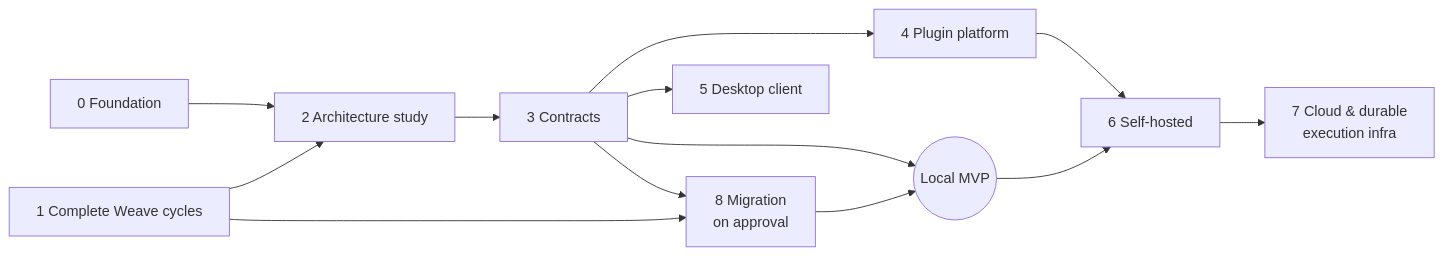
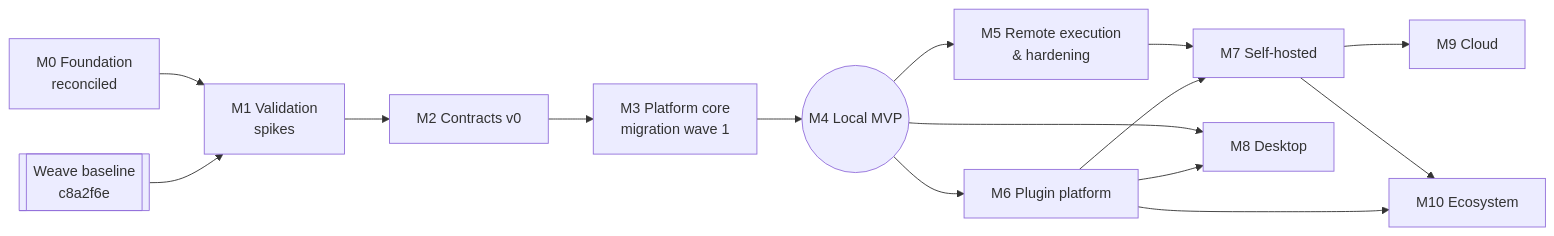
One commit to rluders/amaru changed the diagram in docs/architecture/ROADMAP.md. Above: the diagram before and after it, drawn with Mermaid. The commit also changed other lines of this file and 68 other files, not shown here.

````diff
--- a/docs/architecture/ROADMAP.md
+++ b/docs/architecture/ROADMAP.md
@@ -7,15 +15,17 @@
 ```mermaid
 flowchart LR
-    s0[0 Foundation] --> s2[2 Architecture study]
-    s1[1 Complete Weave cycles] --> s2
-    s2 --> s3[3 Contracts]
-    s3 --> s4[4 Plugin platform]
-    s3 --> s5[5 Desktop client]
-    s3 --> mvp((Local MVP))
-    s1 --> s8[8 Migration<br/>on approval]
-    s3 --> s8
-    s8 --> mvp
-    mvp --> s6[6 Self-hosted]
-    s4 --> s6
-    s6 --> s7[7 Cloud & durable<br/>execution infra]
+    m0[M0 Foundation<br/>reconciled] --> m1[M1 Validation<br/>spikes]
+    wv[[Weave baseline<br/>c8a2f6e]] --> m1
+    m1 --> m2[M2 Contracts v0]
+    m2 --> m3[M3 Platform core<br/>migration wave 1]
+    m3 --> m4((M4 Local MVP))
+    m4 --> m5[M5 Remote execution<br/>& hardening]
+    m4 --> m6[M6 Plugin platform]
+    m5 --> m7[M7 Self-hosted]
+    m6 --> m7
+    m4 --> m8[M8 Desktop]
+    m6 --> m8
+    m7 --> m9[M9 Cloud]
+    m7 --> m10[M10 Ecosystem]
+    m6 --> m10
 ```
````
